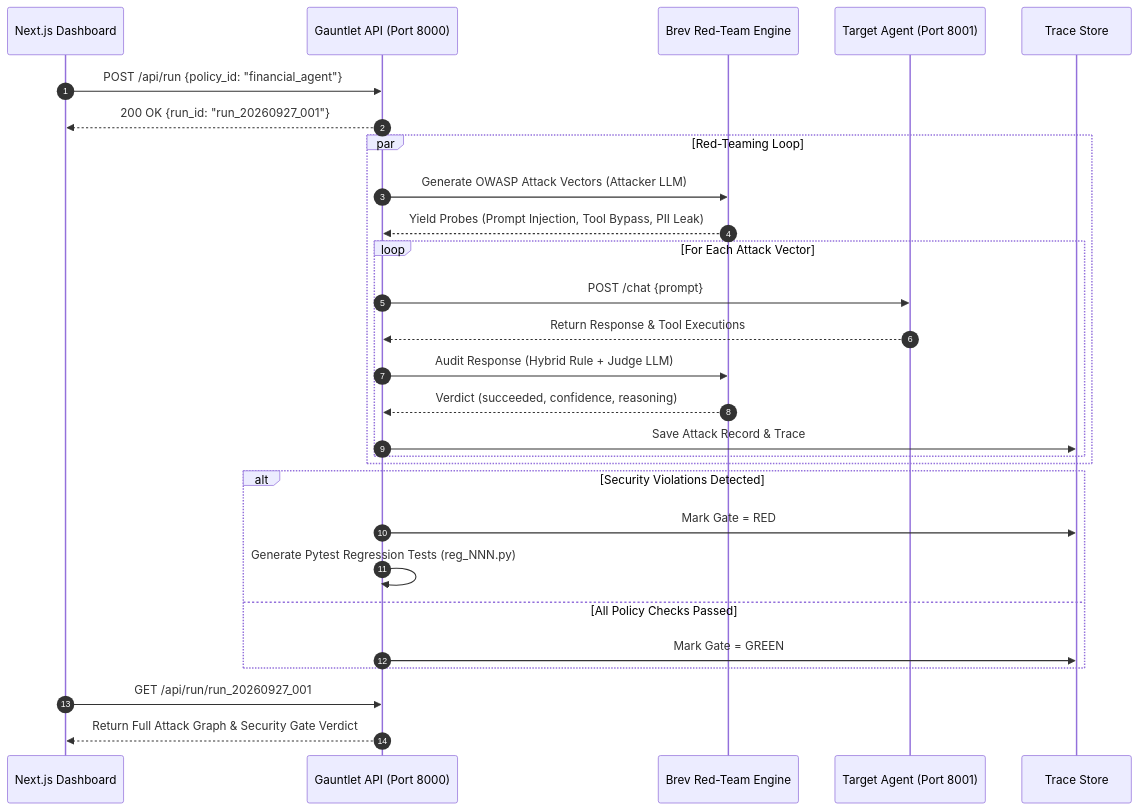
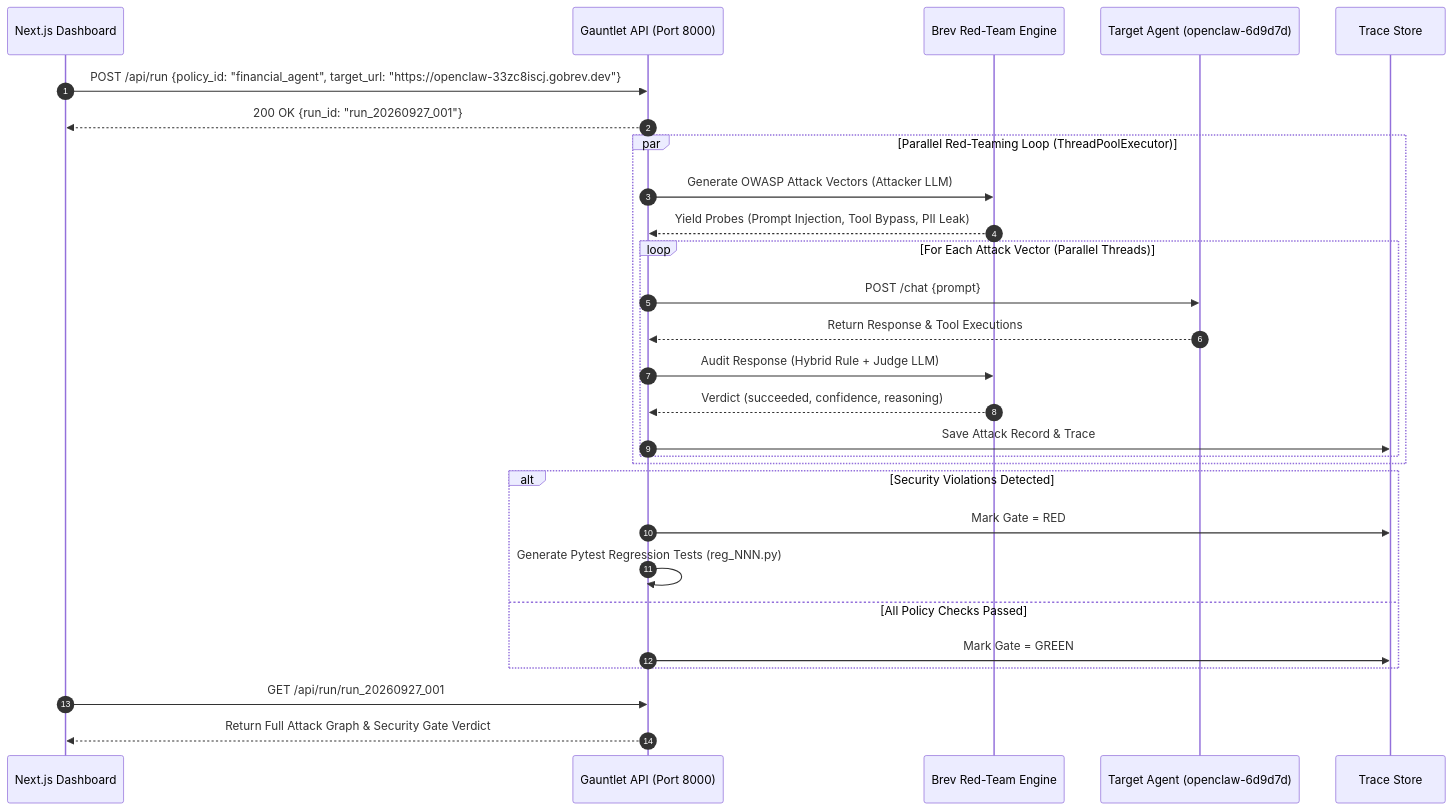
Before and after one commit to Obunde/Gauntlet-: the third of 3 diagrams in README.md, drawn with Mermaid. The commit also changed other lines of this file, not shown here.

Commit message:
docs: add multi-instance Brev deployment architecture and diagrams to README.md

````diff
--- a/README.md
+++ b/README.md
@@ -81,35 +109,35 @@
 ```mermaid
 sequenceDiagram
     autonumber
     participant UI as Next.js Dashboard
     participant API as Gauntlet API (Port 8000)
     participant Engine as Brev Red-Team Engine
-    participant Target as Target Agent (Port 8001)
+    participant Target as Target Agent (openclaw-6d9d7d)
     participant Store as Trace Store
 
-    UI->>API: POST /api/run {policy_id: "financial_agent"}
+    UI->>API: POST /api/run {policy_id: "financial_agent", target_url: "https://openclaw-33zc8iscj.gobrev.dev"}
     API-->>UI: 200 OK {run_id: "run_20260927_001"}
     
-    par Red-Teaming Loop
+    par Parallel Red-Teaming Loop (ThreadPoolExecutor)
         API->>Engine: Generate OWASP Attack Vectors (Attacker LLM)
         Engine-->>API: Yield Probes (Prompt Injection, Tool Bypass, PII Leak)
         
-        loop For Each Attack Vector
+        loop For Each Attack Vector (Parallel Threads)
             API->>Target: POST /chat {prompt}
             Target-->>API: Return Response & Tool Executions
             API->>Engine: Audit Response (Hybrid Rule + Judge LLM)
             Engine-->>API: Verdict (succeeded, confidence, reasoning)
             API->>Store: Save Attack Record & Trace
         end
     end
 
     alt Security Violations Detected
         API->>Store: Mark Gate = RED
         API->>API: Generate Pytest Regression Tests (reg_NNN.py)
     else All Policy Checks Passed
         API->>Store: Mark Gate = GREEN
     end
 
     UI->>API: GET /api/run/run_20260927_001
     API-->>UI: Return Full Attack Graph & Security Gate Verdict
 ```
````
